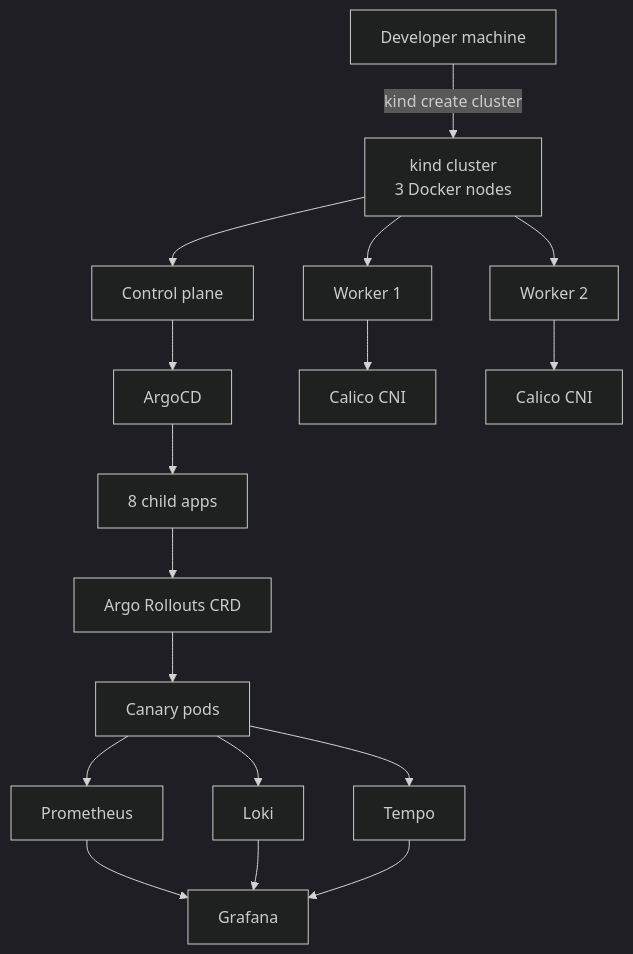
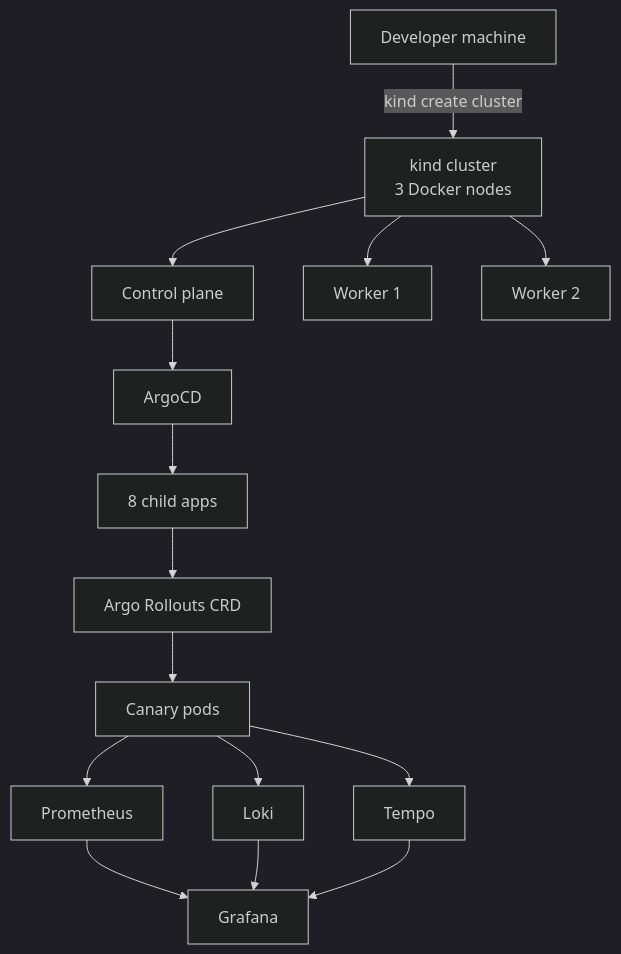
Before and after one commit to ykstorm/devops-showcase: the diagram in README.md, drawn with Mermaid (dark theme). The commit also changed other lines of this file and 4 other files, not shown here.

````diff
--- a/README.md
+++ b/README.md
@@ -93,19 +77,17 @@
 ```mermaid
 graph TD
     Dev[Developer machine] -->|kind create cluster| Kind[kind cluster<br/>3 Docker nodes]
     Kind --> CP[Control plane]
     Kind --> W1[Worker 1]
     Kind --> W2[Worker 2]
     CP --> Argo[ArgoCD]
     Argo --> Apps[8 child apps]
     Apps --> Rollout[Argo Rollouts CRD]
     Rollout --> Pods[Canary pods]
     Pods --> Prom[Prometheus]
     Pods --> LokiL[Loki]
     Pods --> TempoT[Tempo]
     Prom --> Graf[Grafana]
     LokiL --> Graf
     TempoT --> Graf
-    W1 --> Calico1[Calico CNI]
-    W2 --> Calico2[Calico CNI]
 ```
````
